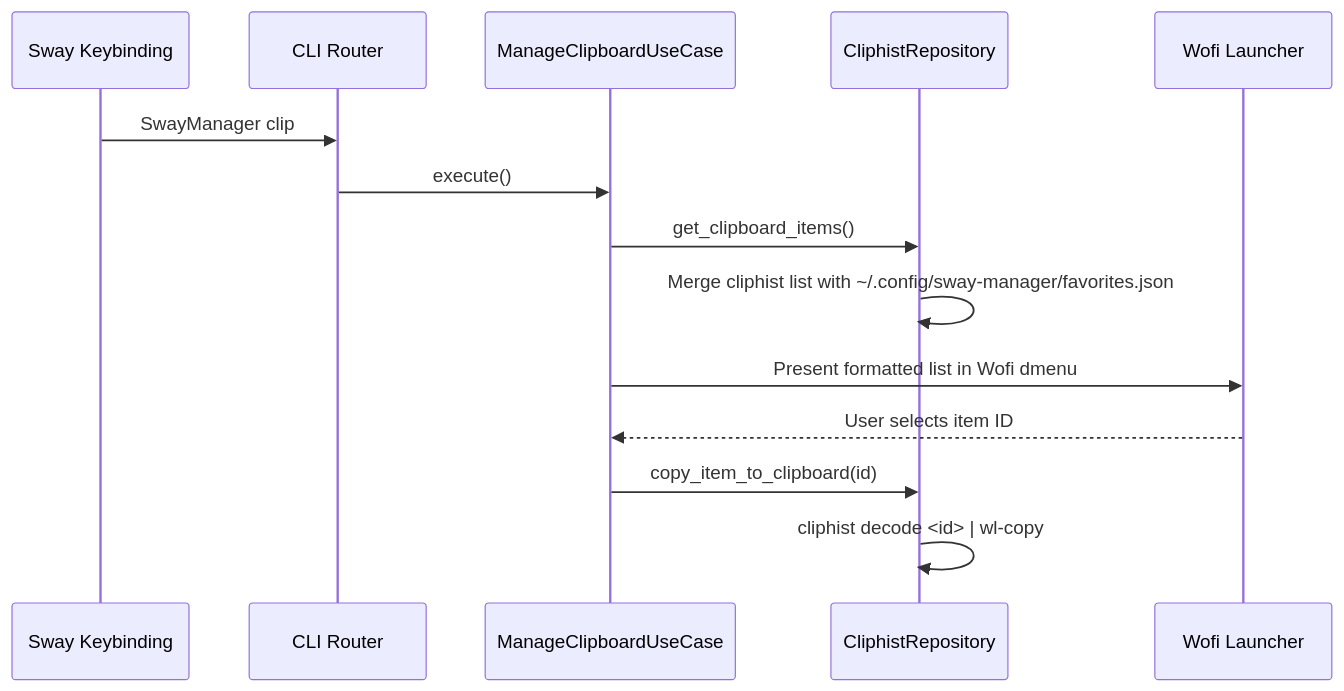
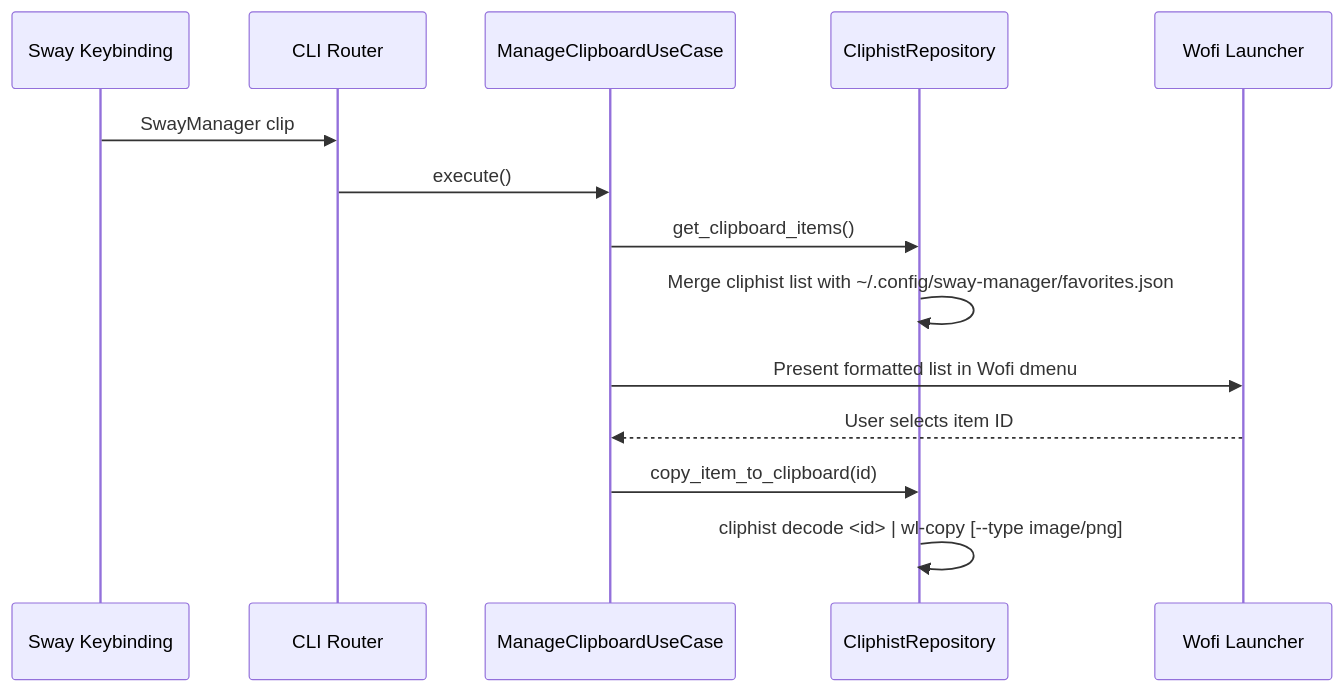
Before and after one commit to guirialli/sway-manager: the diagram in specs/domains/clipboard.md, drawn with Mermaid. The commit also changed other lines of this file and 3 other files, not shown here.

````diff
--- a/specs/domains/clipboard.md
+++ b/specs/domains/clipboard.md
@@ -37,17 +37,17 @@
 ```mermaid
 sequenceDiagram
     participant User as Sway Keybinding
     participant CLI as CLI Router
     participant UC as ManageClipboardUseCase
     participant Repo as CliphistRepository
     participant Wofi as Wofi Launcher
 
     User->>CLI: SwayManager clip
     CLI->>UC: execute()
     UC->>Repo: get_clipboard_items()
     Repo->>Repo: Merge cliphist list with ~/.config/sway-manager/favorites.json
     UC->>Wofi: Present formatted list in Wofi dmenu
     Wofi-->>UC: User selects item ID
     UC->>Repo: copy_item_to_clipboard(id)
-    Repo->>Repo: cliphist decode <id> | wl-copy
+    Repo->>Repo: cliphist decode <id> | wl-copy [--type image/png]
 ```
````
